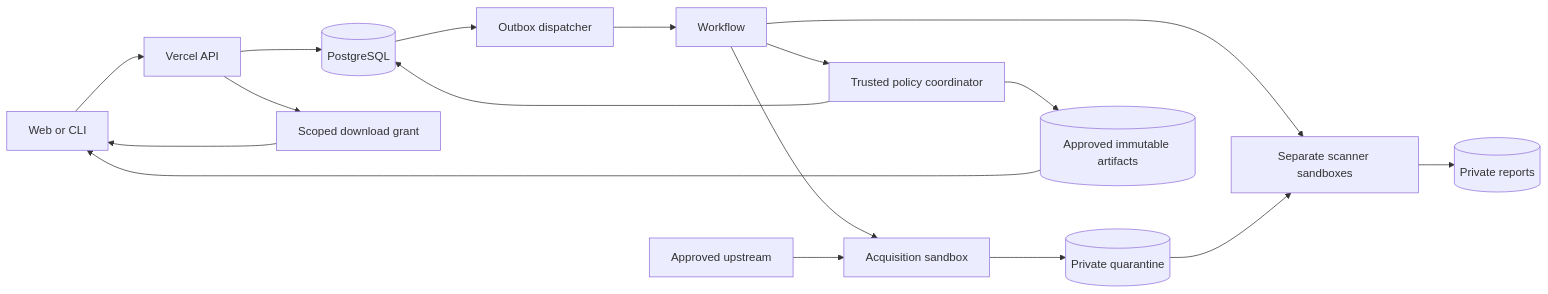
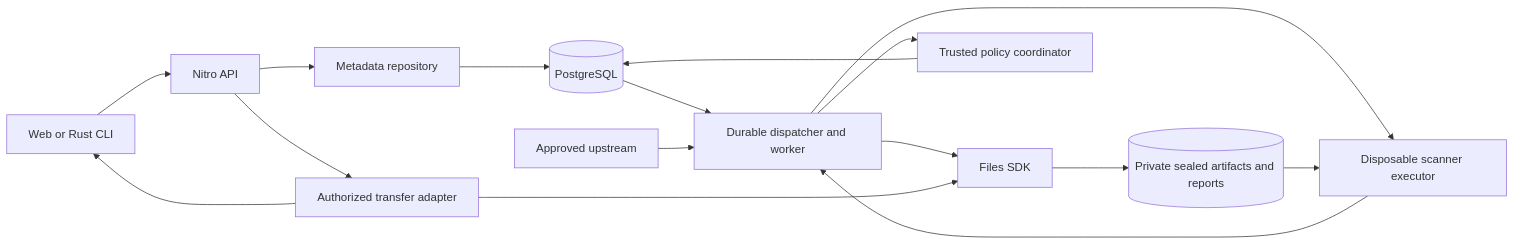
The diagram in docs/architecture.md (andymac4182/private-skills), drawn with Mermaid before and after one commit. The commit also changed other lines of this file and 14 other files, not shown here.

Commit message:
docs: adopt portable TanStack Nitro hosting, Rust CLI and Files SDK storage

````diff
--- a/docs/architecture.md
+++ b/docs/architecture.md
@@ -18,19 +21,18 @@
 ```mermaid
 flowchart LR
-  C[Web or CLI] --> A[Vercel API]
-  A --> D[(PostgreSQL)]
-  D --> O[Outbox dispatcher]
-  O --> W[Workflow]
-  W --> F[Acquisition sandbox]
-  U[Approved upstream] --> F
-  F --> Q[(Private quarantine)]
-  W --> S[Separate scanner sandboxes]
-  Q --> S
-  S --> R[(Private reports)]
+  C[Web or Rust CLI] --> A[Nitro API]
+  A --> M[Metadata repository]
+  M --> D[(PostgreSQL)]
+  D --> W[Durable dispatcher and worker]
+  U[Approved upstream] --> W
+  W --> F[Files SDK]
+  F --> B[(Private sealed artifacts and reports)]
+  W --> S[Disposable scanner executor]
+  B --> S
+  S --> W
   W --> P[Trusted policy coordinator]
   P --> D
-  P --> B[(Approved immutable artifacts)]
-  A --> G[Scoped download grant]
+  A --> G[Authorized transfer adapter]
+  G --> F
   G --> C
-  B --> C
 ```
````
